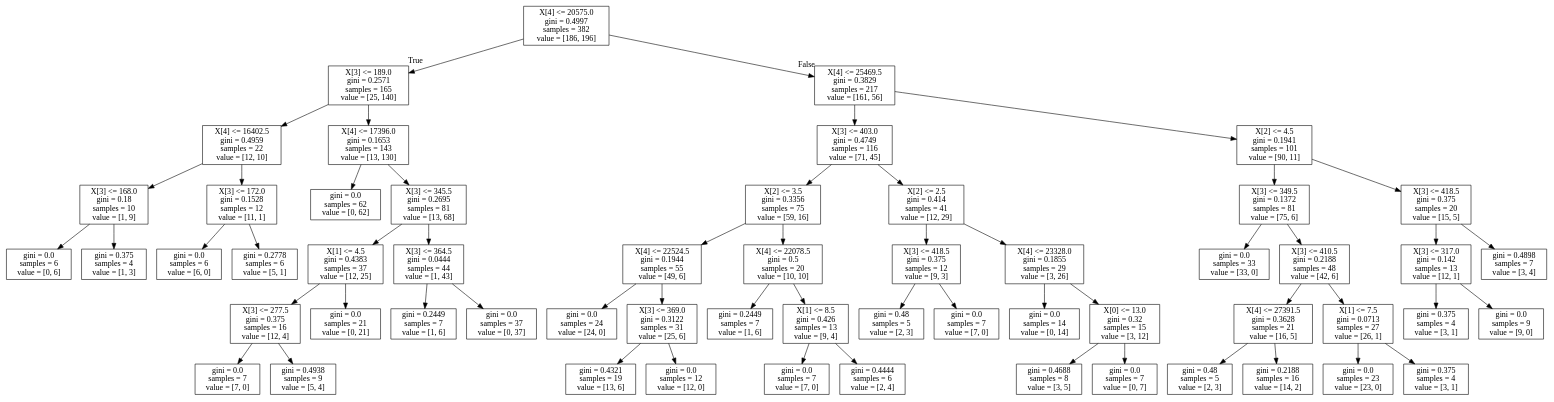
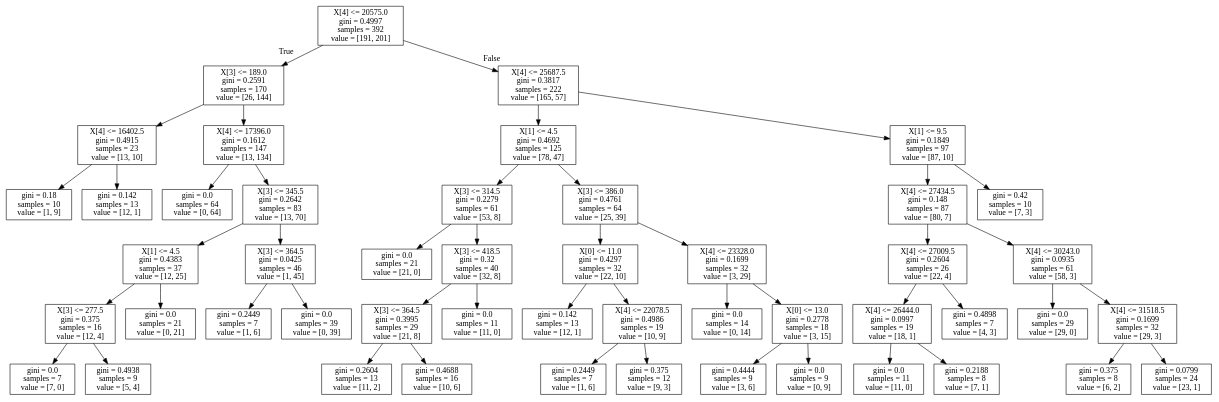
One commit to cmcollander/NaoLego changed the diagram in NaoDecisionTree.dot. Above: the diagram before and after it, drawn with Graphviz. The commit also changed 3 other files, not shown here.

```diff
--- a/NaoDecisionTree.dot
+++ b/NaoDecisionTree.dot
@@ -1,116 +1,100 @@
 digraph Tree {
 node [shape=box] ;
-0 [label="X[4] <= 20575.0\ngini = 0.4997\nsamples = 382\nvalue = [186, 196]"] ;
-1 [label="X[3] <= 189.0\ngini = 0.2571\nsamples = 165\nvalue = [25, 140]"] ;
+0 [label="X[4] <= 20575.0\ngini = 0.4997\nsamples = 392\nvalue = [191, 201]"] ;
+1 [label="X[3] <= 189.0\ngini = 0.2591\nsamples = 170\nvalue = [26, 144]"] ;
 0 -> 1 [labeldistance=2.5, labelangle=45, headlabel="True"] ;
-2 [label="X[4] <= 16402.5\ngini = 0.4959\nsamples = 22\nvalue = [12, 10]"] ;
+2 [label="X[4] <= 16402.5\ngini = 0.4915\nsamples = 23\nvalue = [13, 10]"] ;
 1 -> 2 ;
-3 [label="X[3] <= 168.0\ngini = 0.18\nsamples = 10\nvalue = [1, 9]"] ;
+3 [label="gini = 0.18\nsamples = 10\nvalue = [1, 9]"] ;
 2 -> 3 ;
-4 [label="gini = 0.0\nsamples = 6\nvalue = [0, 6]"] ;
-3 -> 4 ;
-5 [label="gini = 0.375\nsamples = 4\nvalue = [1, 3]"] ;
-3 -> 5 ;
-6 [label="X[3] <= 172.0\ngini = 0.1528\nsamples = 12\nvalue = [11, 1]"] ;
-2 -> 6 ;
-7 [label="gini = 0.0\nsamples = 6\nvalue = [6, 0]"] ;
-6 -> 7 ;
-8 [label="gini = 0.2778\nsamples = 6\nvalue = [5, 1]"] ;
-6 -> 8 ;
-9 [label="X[4] <= 17396.0\ngini = 0.1653\nsamples = 143\nvalue = [13, 130]"] ;
-1 -> 9 ;
-10 [label="gini = 0.0\nsamples = 62\nvalue = [0, 62]"] ;
+4 [label="gini = 0.142\nsamples = 13\nvalue = [12, 1]"] ;
+2 -> 4 ;
+5 [label="X[4] <= 17396.0\ngini = 0.1612\nsamples = 147\nvalue = [13, 134]"] ;
+1 -> 5 ;
+6 [label="gini = 0.0\nsamples = 64\nvalue = [0, 64]"] ;
+5 -> 6 ;
+7 [label="X[3] <= 345.5\ngini = 0.2642\nsamples = 83\nvalue = [13, 70]"] ;
+5 -> 7 ;
+8 [label="X[1] <= 4.5\ngini = 0.4383\nsamples = 37\nvalue = [12, 25]"] ;
+7 -> 8 ;
+9 [label="X[3] <= 277.5\ngini = 0.375\nsamples = 16\nvalue = [12, 4]"] ;
+8 -> 9 ;
+10 [label="gini = 0.0\nsamples = 7\nvalue = [7, 0]"] ;
 9 -> 10 ;
-11 [label="X[3] <= 345.5\ngini = 0.2695\nsamples = 81\nvalue = [13, 68]"] ;
+11 [label="gini = 0.4938\nsamples = 9\nvalue = [5, 4]"] ;
 9 -> 11 ;
-12 [label="X[1] <= 4.5\ngini = 0.4383\nsamples = 37\nvalue = [12, 25]"] ;
-11 -> 12 ;
-13 [label="X[3] <= 277.5\ngini = 0.375\nsamples = 16\nvalue = [12, 4]"] ;
-12 -> 13 ;
-14 [label="gini = 0.0\nsamples = 7\nvalue = [7, 0]"] ;
+12 [label="gini = 0.0\nsamples = 21\nvalue = [0, 21]"] ;
+8 -> 12 ;
+13 [label="X[3] <= 364.5\ngini = 0.0425\nsamples = 46\nvalue = [1, 45]"] ;
+7 -> 13 ;
+14 [label="gini = 0.2449\nsamples = 7\nvalue = [1, 6]"] ;
 13 -> 14 ;
-15 [label="gini = 0.4938\nsamples = 9\nvalue = [5, 4]"] ;
+15 [label="gini = 0.0\nsamples = 39\nvalue = [0, 39]"] ;
 13 -> 15 ;
-16 [label="gini = 0.0\nsamples = 21\nvalue = [0, 21]"] ;
-12 -> 16 ;
-17 [label="X[3] <= 364.5\ngini = 0.0444\nsamples = 44\nvalue = [1, 43]"] ;
-11 -> 17 ;
-18 [label="gini = 0.2449\nsamples = 7\nvalue = [1, 6]"] ;
+16 [label="X[4] <= 25687.5\ngini = 0.3817\nsamples = 222\nvalue = [165, 57]"] ;
+0 -> 16 [labeldistance=2.5, labelangle=-45, headlabel="False"] ;
+17 [label="X[1] <= 4.5\ngini = 0.4692\nsamples = 125\nvalue = [78, 47]"] ;
+16 -> 17 ;
+18 [label="X[3] <= 314.5\ngini = 0.2279\nsamples = 61\nvalue = [53, 8]"] ;
 17 -> 18 ;
-19 [label="gini = 0.0\nsamples = 37\nvalue = [0, 37]"] ;
-17 -> 19 ;
-20 [label="X[4] <= 25469.5\ngini = 0.3829\nsamples = 217\nvalue = [161, 56]"] ;
-0 -> 20 [labeldistance=2.5, labelangle=-45, headlabel="False"] ;
-21 [label="X[3] <= 403.0\ngini = 0.4749\nsamples = 116\nvalue = [71, 45]"] ;
+19 [label="gini = 0.0\nsamples = 21\nvalue = [21, 0]"] ;
+18 -> 19 ;
+20 [label="X[3] <= 418.5\ngini = 0.32\nsamples = 40\nvalue = [32, 8]"] ;
+18 -> 20 ;
+21 [label="X[3] <= 364.5\ngini = 0.3995\nsamples = 29\nvalue = [21, 8]"] ;
 20 -> 21 ;
-22 [label="X[2] <= 3.5\ngini = 0.3356\nsamples = 75\nvalue = [59, 16]"] ;
+22 [label="gini = 0.2604\nsamples = 13\nvalue = [11, 2]"] ;
 21 -> 22 ;
-23 [label="X[4] <= 22524.5\ngini = 0.1944\nsamples = 55\nvalue = [49, 6]"] ;
-22 -> 23 ;
-24 [label="gini = 0.0\nsamples = 24\nvalue = [24, 0]"] ;
-23 -> 24 ;
-25 [label="X[3] <= 369.0\ngini = 0.3122\nsamples = 31\nvalue = [25, 6]"] ;
-23 -> 25 ;
-26 [label="gini = 0.4321\nsamples = 19\nvalue = [13, 6]"] ;
+23 [label="gini = 0.4688\nsamples = 16\nvalue = [10, 6]"] ;
+21 -> 23 ;
+24 [label="gini = 0.0\nsamples = 11\nvalue = [11, 0]"] ;
+20 -> 24 ;
+25 [label="X[3] <= 386.0\ngini = 0.4761\nsamples = 64\nvalue = [25, 39]"] ;
+17 -> 25 ;
+26 [label="X[0] <= 11.0\ngini = 0.4297\nsamples = 32\nvalue = [22, 10]"] ;
 25 -> 26 ;
-27 [label="gini = 0.0\nsamples = 12\nvalue = [12, 0]"] ;
-25 -> 27 ;
-28 [label="X[4] <= 22078.5\ngini = 0.5\nsamples = 20\nvalue = [10, 10]"] ;
-22 -> 28 ;
+27 [label="gini = 0.142\nsamples = 13\nvalue = [12, 1]"] ;
+26 -> 27 ;
+28 [label="X[4] <= 22078.5\ngini = 0.4986\nsamples = 19\nvalue = [10, 9]"] ;
+26 -> 28 ;
 29 [label="gini = 0.2449\nsamples = 7\nvalue = [1, 6]"] ;
 28 -> 29 ;
-30 [label="X[1] <= 8.5\ngini = 0.426\nsamples = 13\nvalue = [9, 4]"] ;
+30 [label="gini = 0.375\nsamples = 12\nvalue = [9, 3]"] ;
 28 -> 30 ;
-31 [label="gini = 0.0\nsamples = 7\nvalue = [7, 0]"] ;
-30 -> 31 ;
-32 [label="gini = 0.4444\nsamples = 6\nvalue = [2, 4]"] ;
-30 -> 32 ;
-33 [label="X[2] <= 2.5\ngini = 0.414\nsamples = 41\nvalue = [12, 29]"] ;
-21 -> 33 ;
-34 [label="X[3] <= 418.5\ngini = 0.375\nsamples = 12\nvalue = [9, 3]"] ;
+31 [label="X[4] <= 23328.0\ngini = 0.1699\nsamples = 32\nvalue = [3, 29]"] ;
+25 -> 31 ;
+32 [label="gini = 0.0\nsamples = 14\nvalue = [0, 14]"] ;
+31 -> 32 ;
+33 [label="X[0] <= 13.0\ngini = 0.2778\nsamples = 18\nvalue = [3, 15]"] ;
+31 -> 33 ;
+34 [label="gini = 0.4444\nsamples = 9\nvalue = [3, 6]"] ;
 33 -> 34 ;
-35 [label="gini = 0.48\nsamples = 5\nvalue = [2, 3]"] ;
-34 -> 35 ;
-36 [label="gini = 0.0\nsamples = 7\nvalue = [7, 0]"] ;
-34 -> 36 ;
-37 [label="X[4] <= 23328.0\ngini = 0.1855\nsamples = 29\nvalue = [3, 26]"] ;
-33 -> 37 ;
-38 [label="gini = 0.0\nsamples = 14\nvalue = [0, 14]"] ;
+35 [label="gini = 0.0\nsamples = 9\nvalue = [0, 9]"] ;
+33 -> 35 ;
+36 [label="X[1] <= 9.5\ngini = 0.1849\nsamples = 97\nvalue = [87, 10]"] ;
+16 -> 36 ;
+37 [label="X[4] <= 27434.5\ngini = 0.148\nsamples = 87\nvalue = [80, 7]"] ;
+36 -> 37 ;
+38 [label="X[4] <= 27009.5\ngini = 0.2604\nsamples = 26\nvalue = [22, 4]"] ;
 37 -> 38 ;
-39 [label="X[0] <= 13.0\ngini = 0.32\nsamples = 15\nvalue = [3, 12]"] ;
-37 -> 39 ;
-40 [label="gini = 0.4688\nsamples = 8\nvalue = [3, 5]"] ;
+39 [label="X[4] <= 26444.0\ngini = 0.0997\nsamples = 19\nvalue = [18, 1]"] ;
+38 -> 39 ;
+40 [label="gini = 0.0\nsamples = 11\nvalue = [11, 0]"] ;
 39 -> 40 ;
-41 [label="gini = 0.0\nsamples = 7\nvalue = [0, 7]"] ;
+41 [label="gini = 0.2188\nsamples = 8\nvalue = [7, 1]"] ;
 39 -> 41 ;
-42 [label="X[2] <= 4.5\ngini = 0.1941\nsamples = 101\nvalue = [90, 11]"] ;
-20 -> 42 ;
-43 [label="X[3] <= 349.5\ngini = 0.1372\nsamples = 81\nvalue = [75, 6]"] ;
-42 -> 43 ;
-44 [label="gini = 0.0\nsamples = 33\nvalue = [33, 0]"] ;
+42 [label="gini = 0.4898\nsamples = 7\nvalue = [4, 3]"] ;
+38 -> 42 ;
+43 [label="X[4] <= 30243.0\ngini = 0.0935\nsamples = 61\nvalue = [58, 3]"] ;
+37 -> 43 ;
+44 [label="gini = 0.0\nsamples = 29\nvalue = [29, 0]"] ;
 43 -> 44 ;
-45 [label="X[3] <= 410.5\ngini = 0.2188\nsamples = 48\nvalue = [42, 6]"] ;
+45 [label="X[4] <= 31518.5\ngini = 0.1699\nsamples = 32\nvalue = [29, 3]"] ;
 43 -> 45 ;
-46 [label="X[4] <= 27391.5\ngini = 0.3628\nsamples = 21\nvalue = [16, 5]"] ;
+46 [label="gini = 0.375\nsamples = 8\nvalue = [6, 2]"] ;
 45 -> 46 ;
-47 [label="gini = 0.48\nsamples = 5\nvalue = [2, 3]"] ;
-46 -> 47 ;
-48 [label="gini = 0.2188\nsamples = 16\nvalue = [14, 2]"] ;
-46 -> 48 ;
-49 [label="X[1] <= 7.5\ngini = 0.0713\nsamples = 27\nvalue = [26, 1]"] ;
-45 -> 49 ;
-50 [label="gini = 0.0\nsamples = 23\nvalue = [23, 0]"] ;
-49 -> 50 ;
-51 [label="gini = 0.375\nsamples = 4\nvalue = [3, 1]"] ;
-49 -> 51 ;
-52 [label="X[3] <= 418.5\ngini = 0.375\nsamples = 20\nvalue = [15, 5]"] ;
-42 -> 52 ;
-53 [label="X[3] <= 317.0\ngini = 0.142\nsamples = 13\nvalue = [12, 1]"] ;
-52 -> 53 ;
-54 [label="gini = 0.375\nsamples = 4\nvalue = [3, 1]"] ;
-53 -> 54 ;
-55 [label="gini = 0.0\nsamples = 9\nvalue = [9, 0]"] ;
-53 -> 55 ;
-56 [label="gini = 0.4898\nsamples = 7\nvalue = [3, 4]"] ;
-52 -> 56 ;
+47 [label="gini = 0.0799\nsamples = 24\nvalue = [23, 1]"] ;
+45 -> 47 ;
+48 [label="gini = 0.42\nsamples = 10\nvalue = [7, 3]"] ;
+36 -> 48 ;
 }
```
